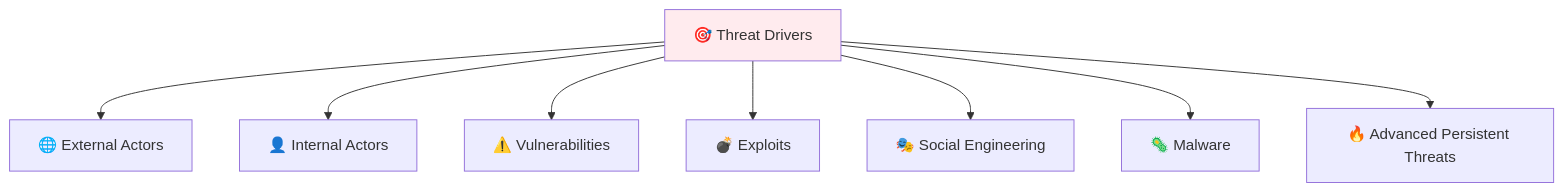
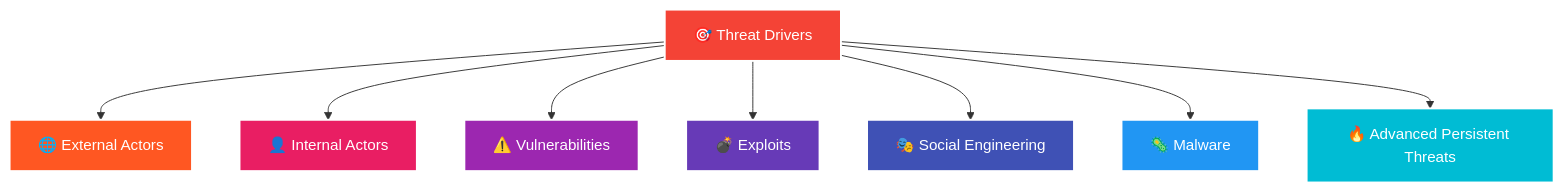
One commit to josamontiel/Detection-Engineering-Framework changed the tenth of 10 diagrams in DEF.md. Above: the diagram before and after it, drawn with Mermaid. The commit also changed other lines of this file, not shown here.

````diff
--- a/DEF.md
+++ b/DEF.md
@@ -474,12 +482,19 @@
 ```mermaid
 graph TB
     A[🎯 Threat Drivers] --> B[🌐 External Actors]
     A --> C[👤 Internal Actors]  
     A --> D[⚠️ Vulnerabilities]
     A --> E[💣 Exploits]
     A --> F[🎭 Social Engineering]
     A --> G[🦠 Malware]
     A --> H[🔥 Advanced Persistent Threats]
     
-    style A fill:#ffebee
+    style A fill:#F44336,stroke:#fff,stroke-width:2px,color:#fff
+    style B fill:#FF5722,stroke:#fff,stroke-width:2px,color:#fff
+    style C fill:#E91E63,stroke:#fff,stroke-width:2px,color:#fff
+    style D fill:#9C27B0,stroke:#fff,stroke-width:2px,color:#fff
+    style E fill:#673AB7,stroke:#fff,stroke-width:2px,color:#fff
+    style F fill:#3F51B5,stroke:#fff,stroke-width:2px,color:#fff
+    style G fill:#2196F3,stroke:#fff,stroke-width:2px,color:#fff
+    style H fill:#00BCD4,stroke:#fff,stroke-width:2px,color:#fff
 ```
````
